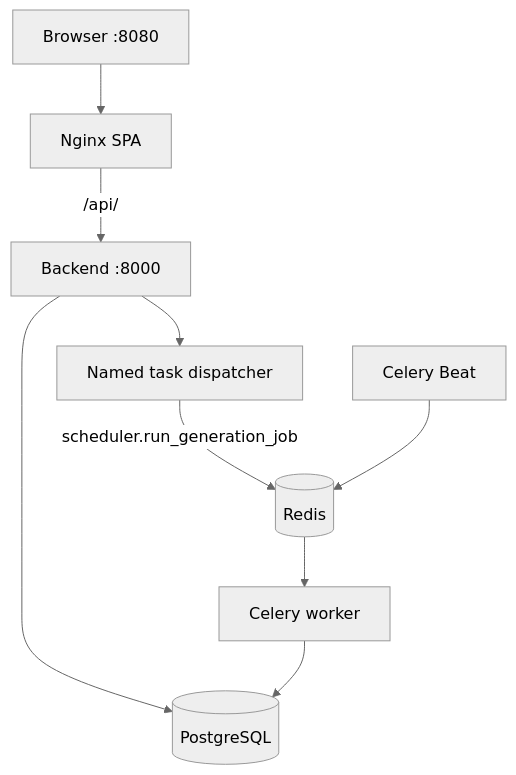
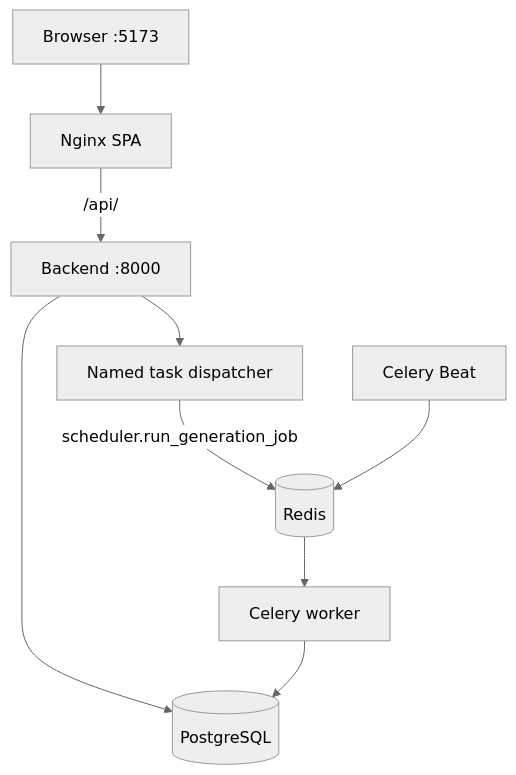
One commit to ORIOP25/Cronos changed the diagram in documentation/09_ops_observability/LOCAL_RUNTIME.md. Above: the diagram before and after it, drawn with Mermaid (neutral theme). The commit also changed other lines of this file and 3 other files, not shown here.

````diff
--- a/documentation/09_ops_observability/LOCAL_RUNTIME.md
+++ b/documentation/09_ops_observability/LOCAL_RUNTIME.md
@@ -42,11 +42,11 @@
 ```mermaid
 flowchart TD
-    Browser[Browser :8080] --> Nginx[Nginx SPA]
+    Browser[Browser :5173] --> Nginx[Nginx SPA]
     Nginx -->|/api/| API[Backend :8000]
     API --> DB[(PostgreSQL)]
     API --> Dispatcher[Named task dispatcher]
     Dispatcher -->|scheduler.run_generation_job| Redis[(Redis)]
     Redis --> Worker[Celery worker]
     Beat[Celery Beat] --> Redis
     Worker --> DB
 ```
````
